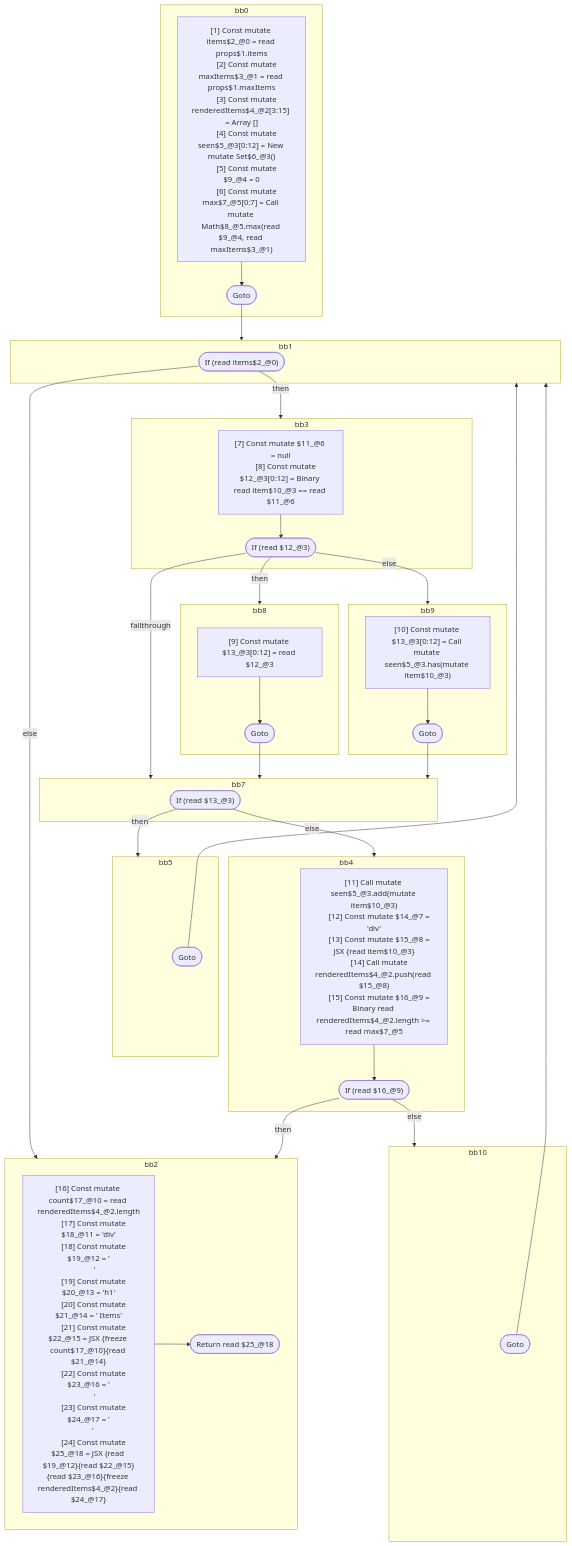
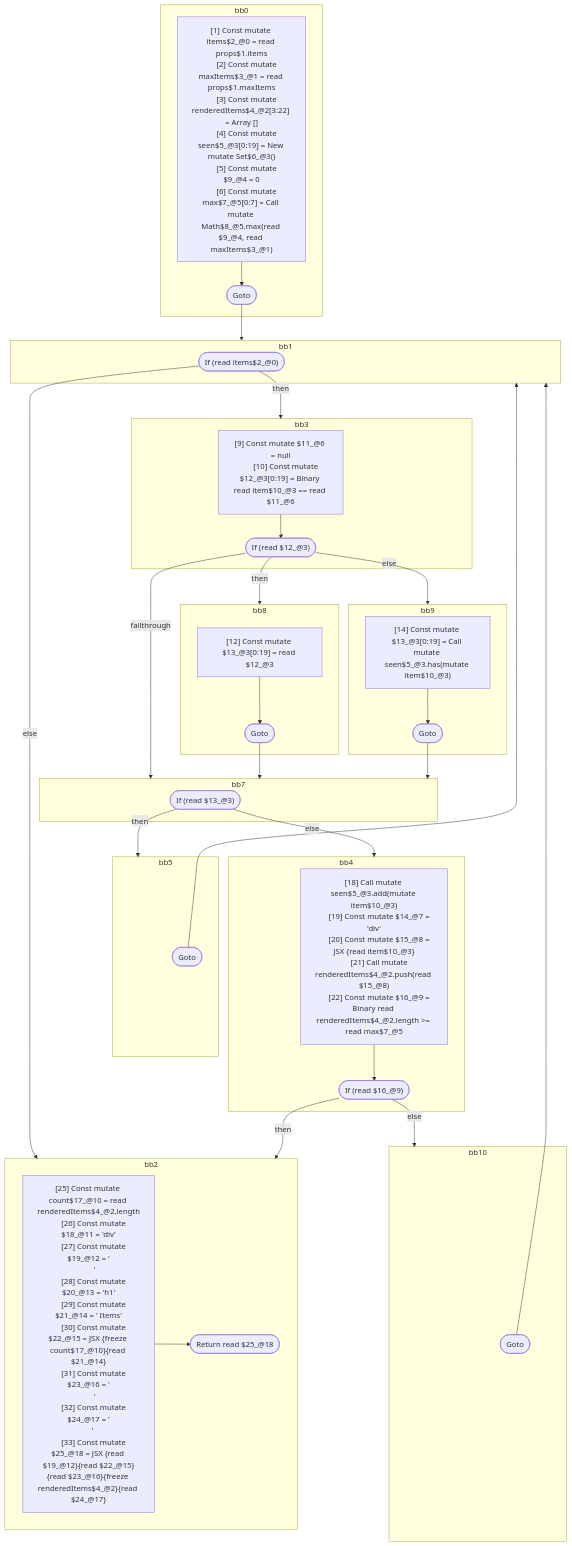
The diagram in compiler/forget/src/__tests__/fixtures/hir/component.expect.md (wutsmog/private), drawn with Mermaid before and after one commit. The commit also changed other lines of this file and 61 other files, not shown here.

```diff
--- a/compiler/forget/src/__tests__/fixtures/hir/component.expect.md
+++ b/compiler/forget/src/__tests__/fixtures/hir/component.expect.md
@@ -98,8 +98,8 @@
     bb0_instrs["
       [1] Const mutate items$2_@0 = read props$1.items
       [2] Const mutate maxItems$3_@1 = read props$1.maxItems
-      [3] Const mutate renderedItems$4_@2[3:15] = Array []
-      [4] Const mutate seen$5_@3[0:12] = New mutate Set$6_@3()
+      [3] Const mutate renderedItems$4_@2[3:22] = Array []
+      [4] Const mutate seen$5_@3[0:19] = New mutate Set$6_@3()
       [5] Const mutate $9_@4 = 0
       [6] Const mutate max$7_@5[0:7] = Call mutate Math$8_@5.max(read $9_@4, read maxItems$3_@1)
     "]
@@ -110,20 +110,20 @@
   end
   subgraph bb3
     bb3_instrs["
-      [7] Const mutate $11_@6 = null
-      [8] Const mutate $12_@3[0:12] = Binary read item$10_@3 == read $11_@6
+      [9] Const mutate $11_@6 = null
+      [10] Const mutate $12_@3[0:19] = Binary read item$10_@3 == read $11_@6
     "]
     bb3_instrs --> bb3_terminal(["If (read $12_@3)"])
   end
   subgraph bb8
     bb8_instrs["
-      [9] Const mutate $13_@3[0:12] = read $12_@3
+      [12] Const mutate $13_@3[0:19] = read $12_@3
     "]
     bb8_instrs --> bb8_terminal(["Goto"])
   end
   subgraph bb9
     bb9_instrs["
-      [10] Const mutate $13_@3[0:12] = Call mutate seen$5_@3.has(mutate item$10_@3)
+      [14] Const mutate $13_@3[0:19] = Call mutate seen$5_@3.has(mutate item$10_@3)
     "]
     bb9_instrs --> bb9_terminal(["Goto"])
   end
@@ -135,11 +135,11 @@
   end
   subgraph bb4
     bb4_instrs["
-      [11] Call mutate seen$5_@3.add(mutate item$10_@3)
-      [12] Const mutate $14_@7 = 'div'
-      [13] Const mutate $15_@8 = JSX <read $14_@7>{read item$10_@3}</read $14_@7>
-      [14] Call mutate renderedItems$4_@2.push(read $15_@8)
-      [15] Const mutate $16_@9 = Binary read renderedItems$4_@2.length >= read max$7_@5
+      [18] Call mutate seen$5_@3.add(mutate item$10_@3)
+      [19] Const mutate $14_@7 = 'div'
+      [20] Const mutate $15_@8 = JSX <read $14_@7>{read item$10_@3}</read $14_@7>
+      [21] Call mutate renderedItems$4_@2.push(read $15_@8)
+      [22] Const mutate $16_@9 = Binary read renderedItems$4_@2.length >= read max$7_@5
     "]
     bb4_instrs --> bb4_terminal(["If (read $16_@9)"])
   end
@@ -148,15 +148,15 @@
   end
   subgraph bb2
     bb2_instrs["
-      [16] Const mutate count$17_@10 = read renderedItems$4_@2.length
-      [17] Const mutate $18_@11 = 'div'
-      [18] Const mutate $19_@12 = '\n      '
-      [19] Const mutate $20_@13 = 'h1'
-      [20] Const mutate $21_@14 = ' Items'
-      [21] Const mutate $22_@15 = JSX <read $20_@13>{freeze count$17_@10}{read $21_@14}</read $20_@13>
-      [22] Const mutate $23_@16 = '\n      '
-      [23] Const mutate $24_@17 = '\n    '
-      [24] Const mutate $25_@18 = JSX <read $18_@11>{read $19_@12}{read $22_@15}{read $23_@16}{freeze renderedItems$4_@2}{read $24_@17}</read $18_@11>
+      [25] Const mutate count$17_@10 = read renderedItems$4_@2.length
+      [26] Const mutate $18_@11 = 'div'
+      [27] Const mutate $19_@12 = '\n      '
+      [28] Const mutate $20_@13 = 'h1'
+      [29] Const mutate $21_@14 = ' Items'
+      [30] Const mutate $22_@15 = JSX <read $20_@13>{freeze count$17_@10}{read $21_@14}</read $20_@13>
+      [31] Const mutate $23_@16 = '\n      '
+      [32] Const mutate $24_@17 = '\n    '
+      [33] Const mutate $25_@18 = JSX <read $18_@11>{read $19_@12}{read $22_@15}{read $23_@16}{freeze renderedItems$4_@2}{read $24_@17}</read $18_@11>
     "]
     bb2_instrs --> bb2_terminal(["Return read $25_@18"])
   end
```
